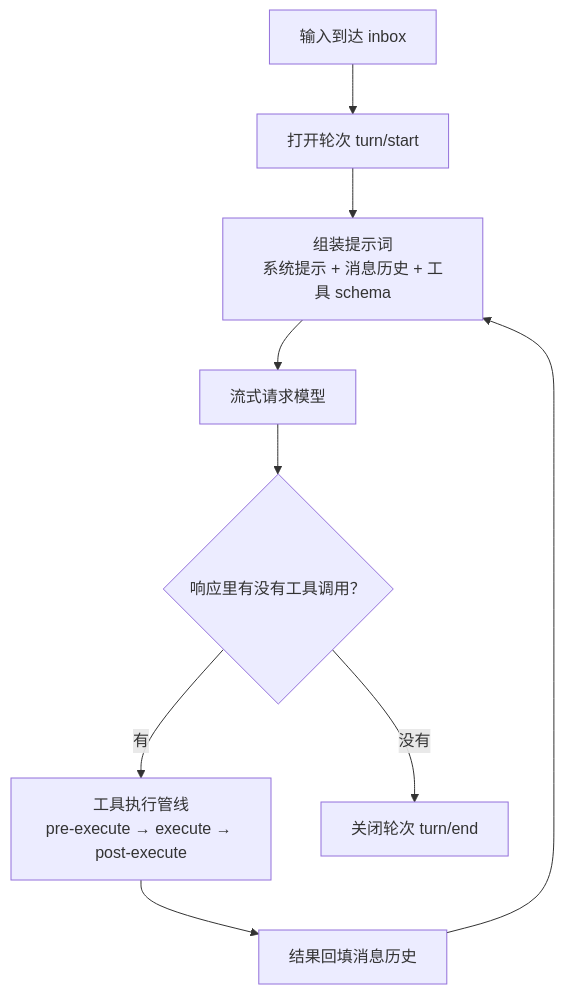
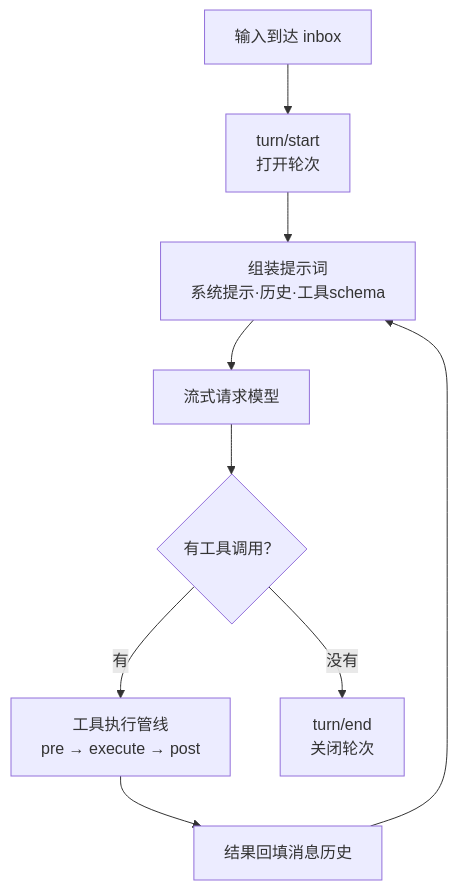
One commit to jesongit/learn-dsh changed the second of 2 diagrams in notes/00-总览与设计.md. Above: the diagram before and after it, drawn with Mermaid. The commit also changed other lines of this file and 1 other file, not shown here.

Commit message:
docs(教材): Mermaid 防中文截断规范（短标签/换行/字体指令），重写第 0 章配图

````diff
--- a/notes/00-总览与设计.md
+++ b/notes/00-总览与设计.md
@@ -95,11 +96,12 @@
 ```mermaid
+%%{init: {"fontFamily": "Microsoft YaHei"}}%%
 flowchart TD
-    IN["输入到达 inbox"] --> TURN["打开轮次 turn/start"]
-    TURN --> ASM["组装提示词<br/>系统提示 + 消息历史 + 工具 schema"]
+    IN["输入到达 inbox"] --> TURN["turn/start<br/>打开轮次"]
+    TURN --> ASM["组装提示词<br/>系统提示·历史·工具schema"]
     ASM --> REQ["流式请求模型"]
-    REQ --> TC{"响应里有没有工具调用？"}
-    TC -- "有" --> EXEC["工具执行管线<br/>pre-execute → execute → post-execute"]
+    REQ --> TC{"有工具调用？"}
+    TC -- "有" --> EXEC["工具执行管线<br/>pre → execute → post"]
     EXEC --> BACK["结果回填消息历史"]
     BACK --> ASM
-    TC -- "没有" --> ENDT["关闭轮次 turn/end"]
+    TC -- "没有" --> ENDT["turn/end<br/>关闭轮次"]
 ```
````
